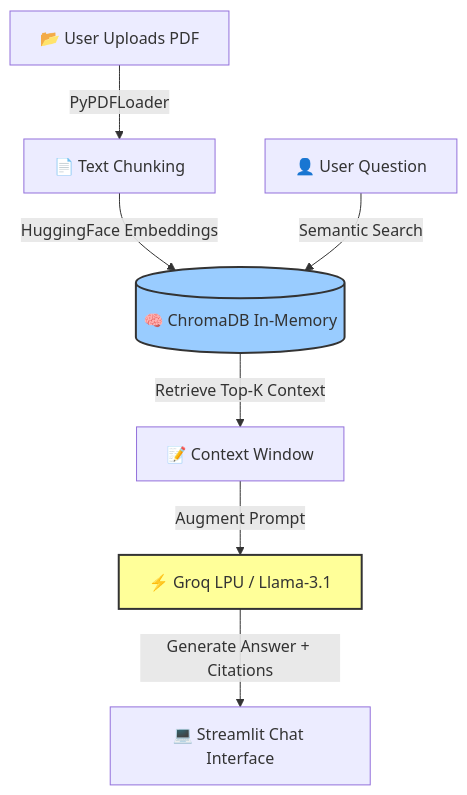
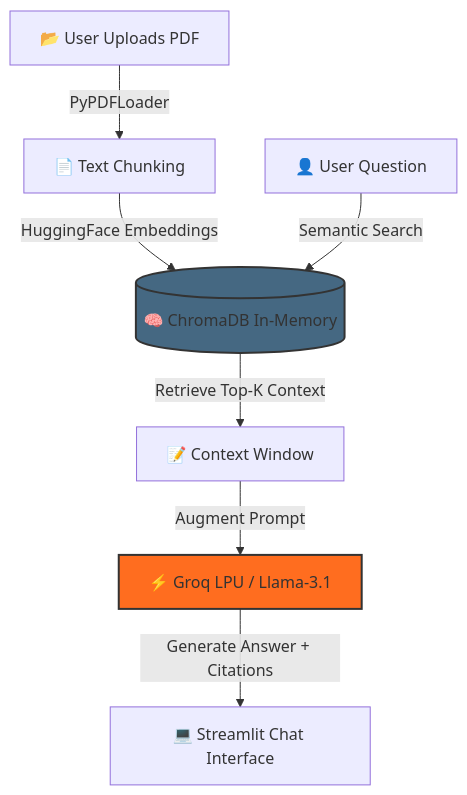
Before and after one commit to Andri22/documind-hybrid-rag: the diagram in README.md, drawn with Mermaid.

````diff
--- a/README.md
+++ b/README.md
@@ -25,14 +25,14 @@
 ```mermaid
 graph TD
     User[📂 User Uploads PDF] -->|PyPDFLoader| Split[📄 Text Chunking]
     Split -->|HuggingFace Embeddings| VectorDB[(🧠 ChromaDB In-Memory)]
     
     Query[👤 User Question] -->|Semantic Search| VectorDB
     VectorDB -->|Retrieve Top-K Context| Context[📝 Context Window]
     
     Context -->|Augment Prompt| LLM[⚡ Groq LPU / Llama-3.1]
     LLM -->|Generate Answer + Citations| UI[💻 Streamlit Chat Interface]
     
-    style LLM fill:#ff9,stroke:#333,stroke-width:2px
-    style VectorDB fill:#9cf,stroke:#333,stroke-width:2px
+    style LLM fill:#FF6D1F,stroke:#333,stroke-width:2px
+    style VectorDB fill:#456882,stroke:#333,stroke-width:2px
 ```
````
